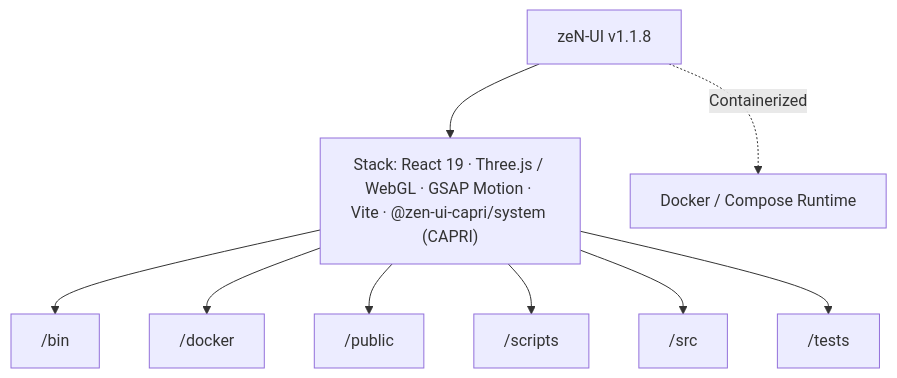
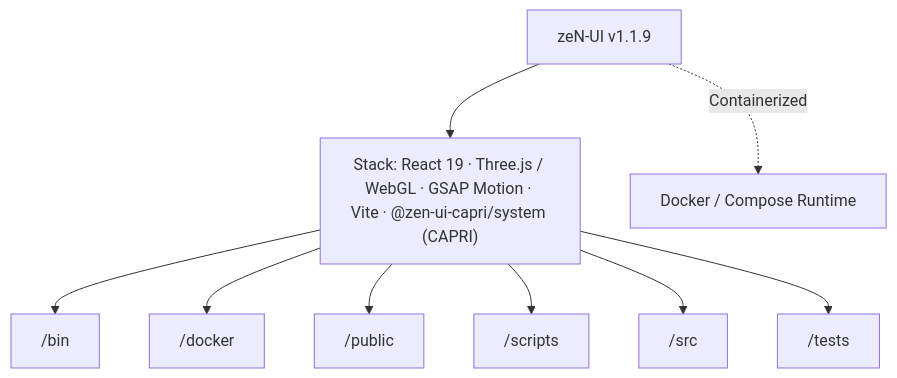
One commit to lukaspabst/zeN-UI changed the diagram in docs/CAPRI-ARCHITECTURE.md. Above: the diagram before and after it, drawn with Mermaid. The commit also changed other lines of this file and 5 other files, not shown here.

````diff
--- a/docs/CAPRI-ARCHITECTURE.md
+++ b/docs/CAPRI-ARCHITECTURE.md
@@ -27,20 +27,20 @@
 ```mermaid
 flowchart TD
-  Repo["zeN-UI v1.1.8"]
+  Repo["zeN-UI v1.1.9"]
   Stack["Stack: React 19 · Three.js / WebGL · GSAP Motion · Vite · @zen-ui-capri/system (CAPRI)"]
   Repo --> Stack
   N0_bin["/bin"]
   Stack --> N0_bin
   N1_docker["/docker"]
   Stack --> N1_docker
   N2_public["/public"]
   Stack --> N2_public
   N3_scripts["/scripts"]
   Stack --> N3_scripts
   N4_src["/src"]
   Stack --> N4_src
   N5_tests["/tests"]
   Stack --> N5_tests
   Docker["Docker / Compose Runtime"]
   Repo -.->|"Containerized"| Docker
 ```
````
